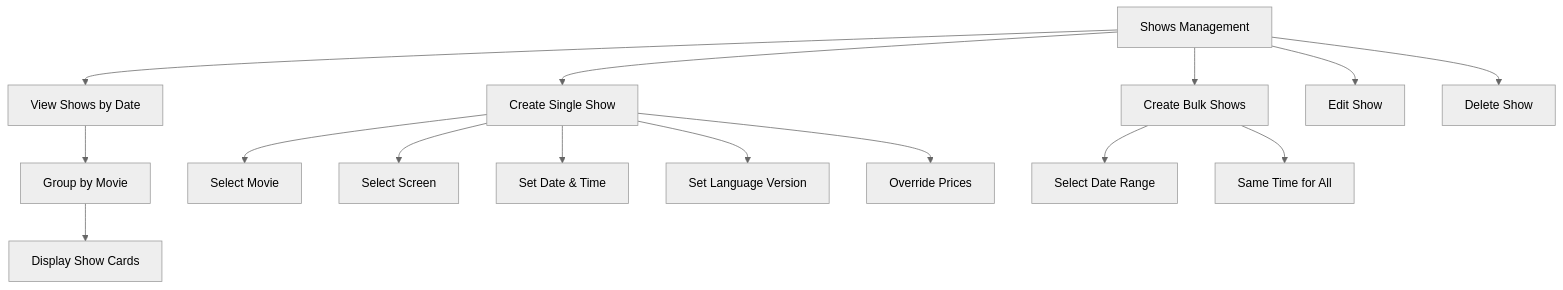
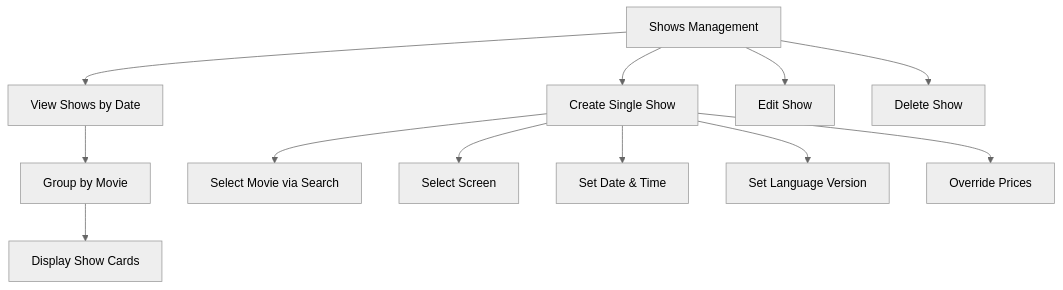
The eighth of 15 diagrams in admin.md (hduraimurugan/cinema-app-docs), drawn with Mermaid (neutral theme) before and after one commit. The commit also changed other lines of this file and 2 other files, not shown here.

````diff
--- a/admin.md
+++ b/admin.md
@@ -359,20 +359,16 @@
 ```mermaid
 flowchart TD
     A[Shows Management] --> B[View Shows by Date]
     A --> C[Create Single Show]
-    A --> D[Create Bulk Shows]
     A --> E[Edit Show]
     A --> F[Delete Show]
 
     B --> G[Group by Movie]
     G --> H[Display Show Cards]
 
-    C --> I[Select Movie]
+    C --> I[Select Movie via Search]
     C --> J[Select Screen]
     C --> K[Set Date & Time]
     C --> L[Set Language Version]
     C --> M[Override Prices]
-
-    D --> N[Select Date Range]
-    D --> O[Same Time for All]
 ```
````
